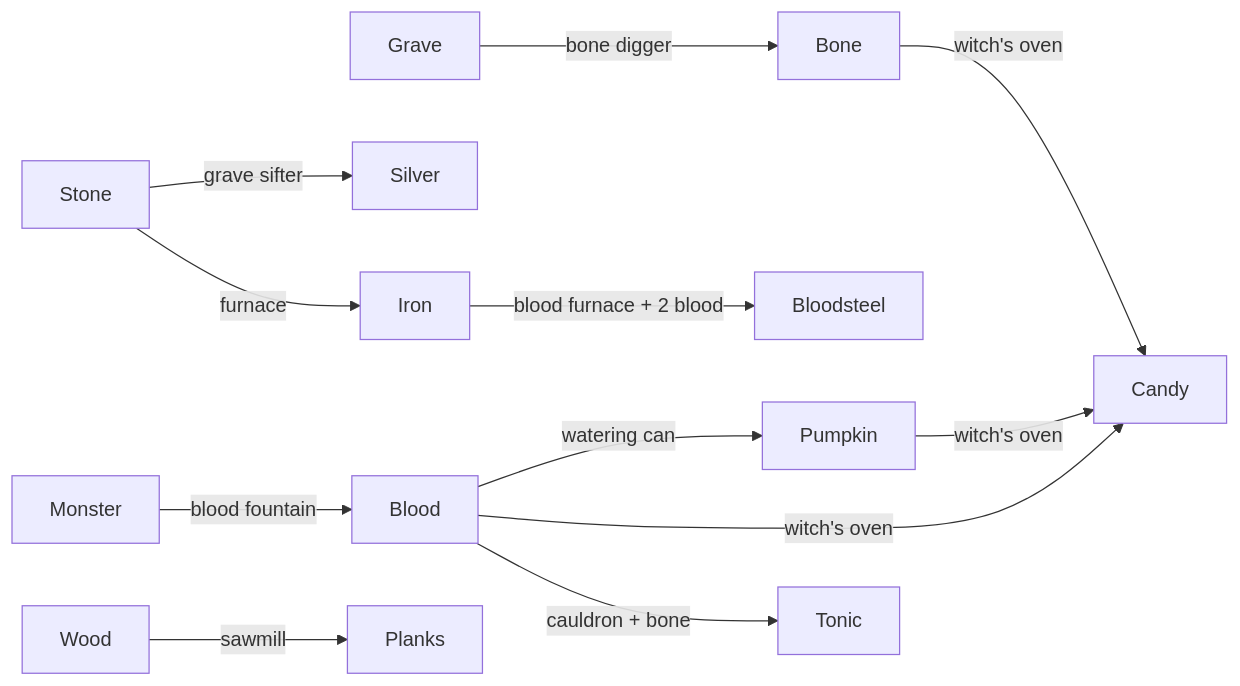
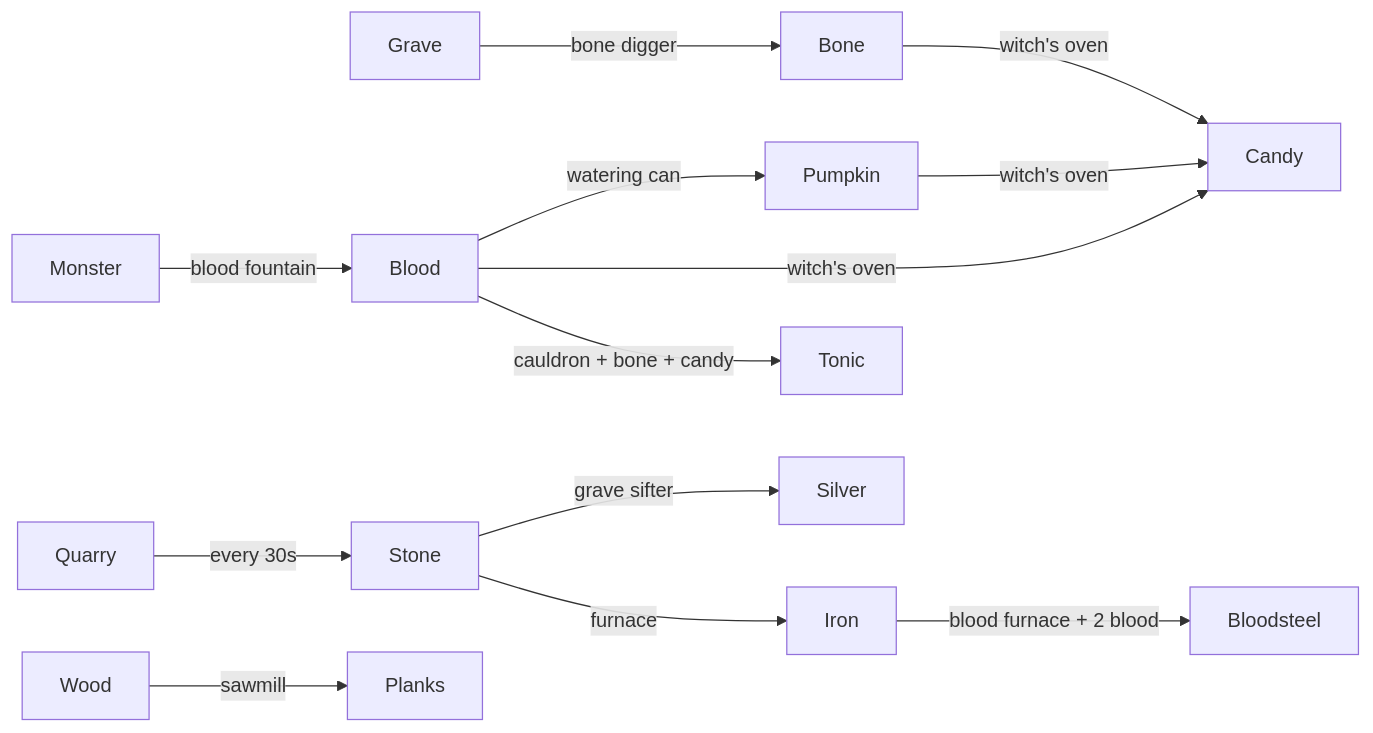
The second of 2 diagrams in docs/building.md (andyruwruw/grave-robbers), drawn with Mermaid before and after one commit. The commit also changed other lines of this file and 772 other files, not shown here.

````diff
--- a/docs/building.md
+++ b/docs/building.md
@@ -180,12 +251,13 @@
 ```mermaid
 flowchart LR
   Grave -->|bone digger| Bone
   Monster -->|blood fountain| Blood
   Blood -->|watering can| Pumpkin
   Pumpkin & Bone & Blood -->|witch's oven| Candy
   Stone -->|grave sifter| Silver[Silver]
+  Quarry -->|every 30s| Stone
   Stone -->|furnace| Iron[Iron]
   Iron -->|blood furnace + 2 blood| Bloodsteel[Bloodsteel]
   Wood -->|sawmill| Planks[Planks]
-  Blood -->|cauldron + bone| Tonic[Tonic]
+  Blood -->|cauldron + bone + candy| Tonic[Tonic]
 ```
````
